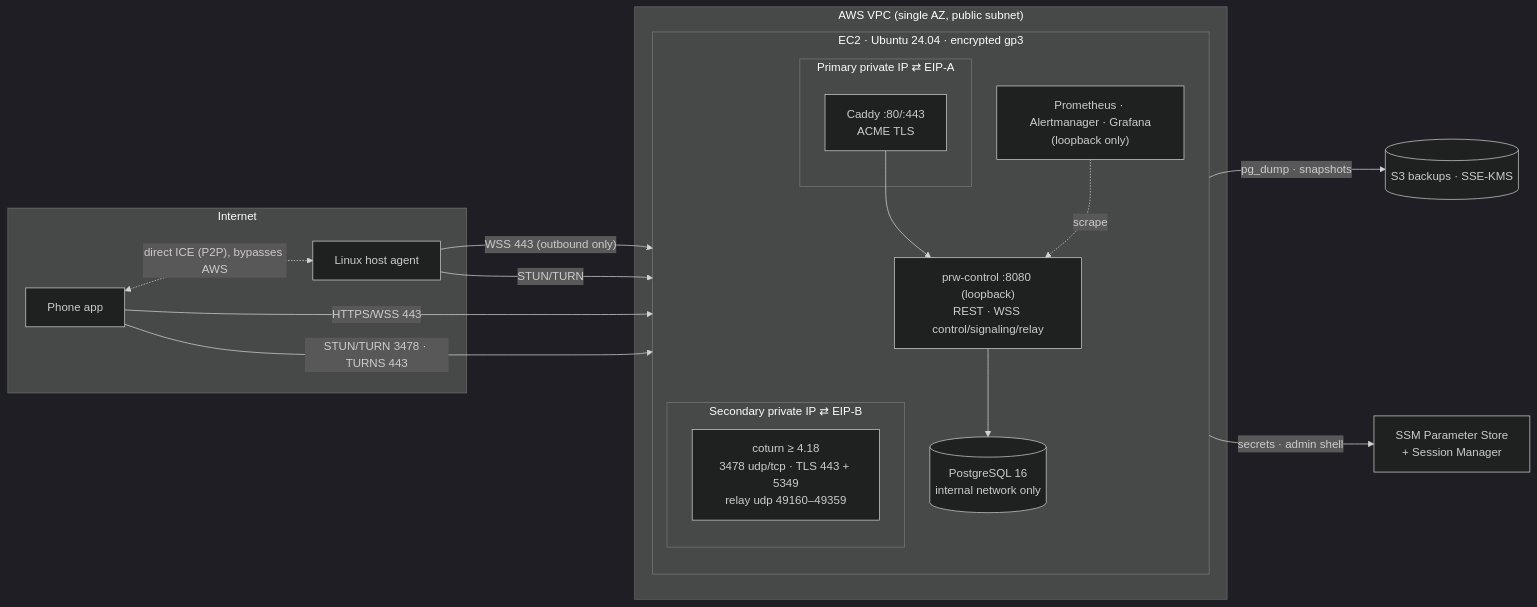
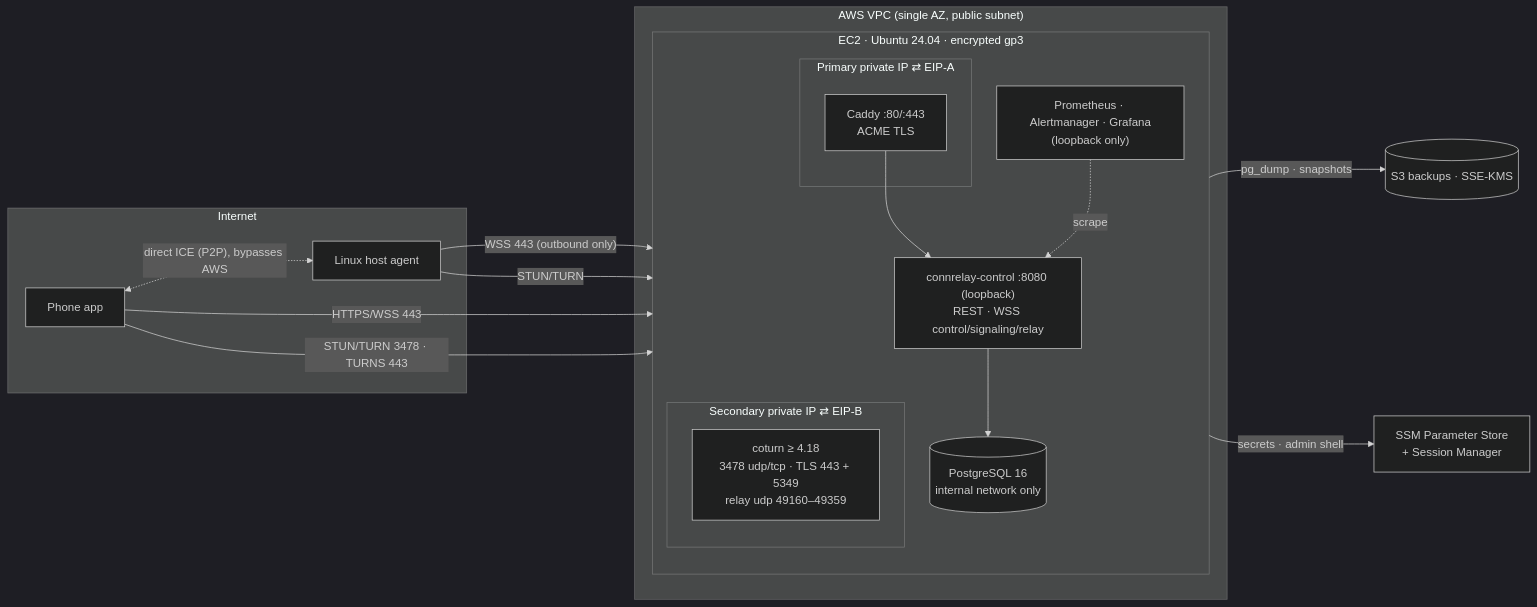
Before and after one commit to rohansen856/ConnRelay: the diagram in docs/operations/deployment.md, drawn with Mermaid (dark theme). The commit also changed other lines of this file and 17 other files, not shown here.

````diff
--- a/docs/operations/deployment.md
+++ b/docs/operations/deployment.md
@@ -72,32 +72,32 @@
 ```mermaid
 flowchart LR
   subgraph Internet
     Phone[Phone app]
     Host[Linux host agent]
   end
   subgraph AWS["AWS VPC (single AZ, public subnet)"]
     subgraph EC2["EC2 · Ubuntu 24.04 · encrypted gp3"]
       direction TB
       subgraph IPA["Primary private IP ⇄ EIP-A"]
         Caddy["Caddy :80/:443<br/>ACME TLS"]
       end
       subgraph IPB["Secondary private IP ⇄ EIP-B"]
         Coturn["coturn ≥ 4.18<br/>3478 udp/tcp · TLS 443 + 5349<br/>relay udp 49160–49359"]
       end
-      Control["prw-control :8080 (loopback)<br/>REST · WSS control/signaling/relay"]
+      Control["connrelay-control :8080 (loopback)<br/>REST · WSS control/signaling/relay"]
       PG[("PostgreSQL 16<br/>internal network only")]
       Mon["Prometheus · Alertmanager · Grafana<br/>(loopback only)"]
       Caddy --> Control --> PG
       Mon -. scrape .-> Control
     end
   end
   S3[("S3 backups · SSE-KMS")]
   SSM["SSM Parameter Store<br/>+ Session Manager"]
   Phone -- "HTTPS/WSS 443" --> Caddy
   Host -- "WSS 443 (outbound only)" --> Caddy
   Phone -- "STUN/TURN 3478 · TURNS 443" --> Coturn
   Host -- "STUN/TURN" --> Coturn
   Phone <-. "direct ICE (P2P), bypasses AWS" .-> Host
   EC2 -- "pg_dump · snapshots" --> S3
   EC2 -- "secrets · admin shell" --> SSM
 ```
````
